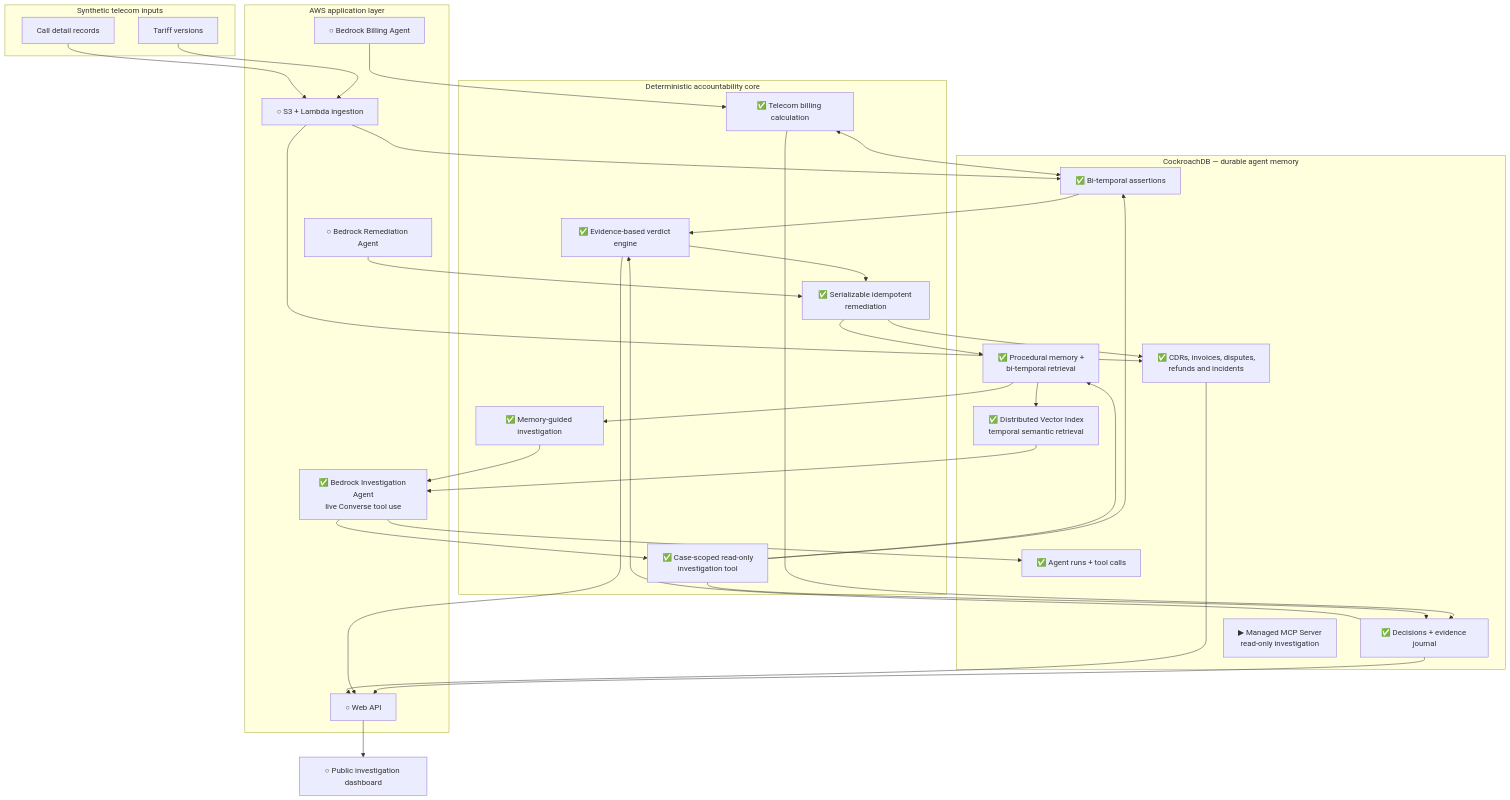
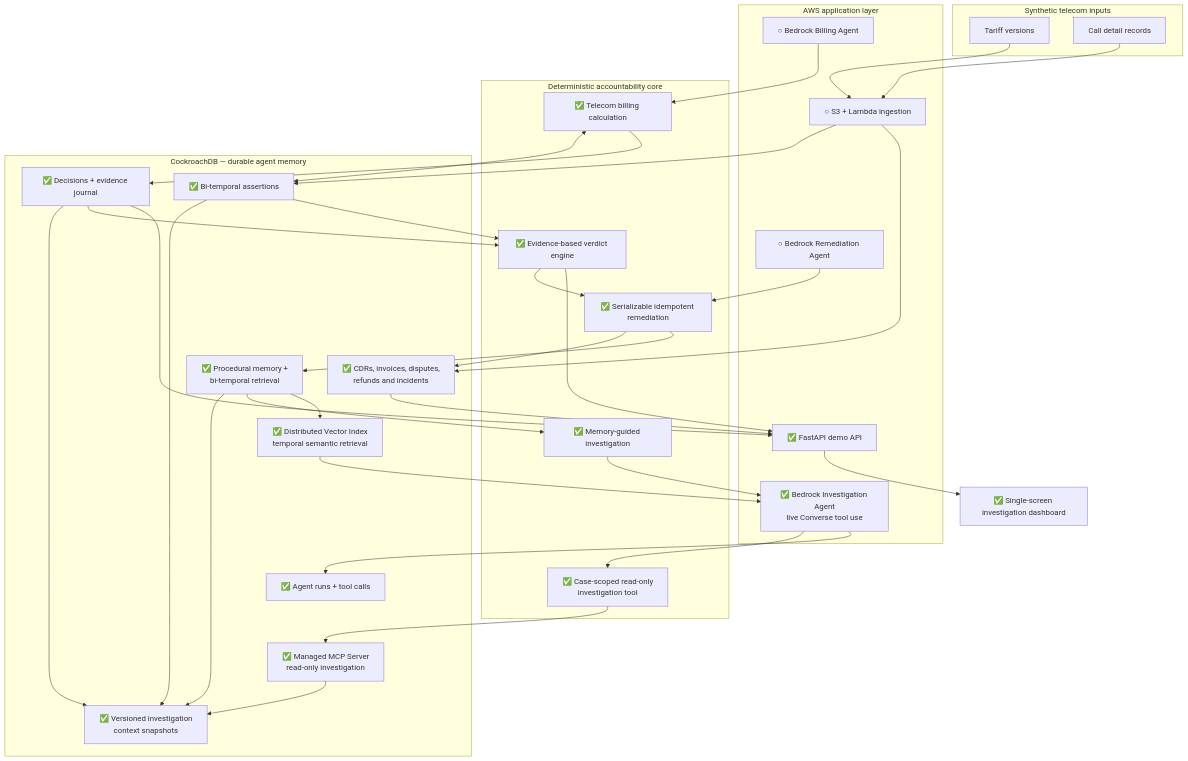
Before and after one commit to Mounir1200/HindSight: the diagram in README.md, drawn with Mermaid. The commit also changed other lines of this file and 22 other files, not shown here.

````diff
--- a/README.md
+++ b/README.md
@@ -128,66 +158,69 @@
 ```mermaid
 flowchart TB
     subgraph INPUTS["Synthetic telecom inputs"]
         TARIFFS["Tariff versions"]
         CDRS["Call detail records"]
     end
 
     subgraph AWS["AWS application layer"]
         INGEST["○ S3 + Lambda ingestion"]
         BILLING_AGENT["○ Bedrock Billing Agent"]
         INVESTIGATION_AGENT["✅ Bedrock Investigation Agent<br/>live Converse tool use"]
         REMEDIATION_AGENT["○ Bedrock Remediation Agent"]
-        API["○ Web API"]
+        API["✅ FastAPI demo API"]
     end
 
     subgraph CORE["Deterministic accountability core"]
         BILLING["✅ Telecom billing calculation"]
         VERDICT["✅ Evidence-based verdict engine"]
         REMEDIATION["✅ Serializable idempotent remediation"]
         GUIDANCE["✅ Memory-guided investigation"]
         CONTEXT_TOOL["✅ Case-scoped read-only<br/>investigation tool"]
     end
 
     subgraph CRDB["CockroachDB — durable agent memory"]
         ASSERTIONS["✅ Bi-temporal assertions"]
         JOURNAL["✅ Decisions + evidence journal"]
         OPERATIONS["✅ CDRs, invoices, disputes,<br/>refunds and incidents"]
         MEMORY["✅ Procedural memory +<br/>bi-temporal retrieval"]
         AGENT_JOURNAL["✅ Agent runs + tool calls"]
+        CONTEXT_SNAPSHOT["✅ Versioned investigation<br/>context snapshots"]
         VECTOR["✅ Distributed Vector Index<br/>temporal semantic retrieval"]
-        MCP["▶ Managed MCP Server<br/>read-only investigation"]
+        MCP["✅ Managed MCP Server<br/>read-only investigation"]
     end
 
-    DASHBOARD["○ Public investigation dashboard"]
+    DASHBOARD["✅ Single-screen investigation dashboard"]
 
     TARIFFS --> INGEST
     CDRS --> INGEST
     INGEST --> ASSERTIONS
     INGEST --> OPERATIONS
 
     BILLING_AGENT --> BILLING
     BILLING <--> ASSERTIONS
     BILLING --> JOURNAL
 
     INVESTIGATION_AGENT --> CONTEXT_TOOL
     INVESTIGATION_AGENT --> AGENT_JOURNAL
-    CONTEXT_TOOL --> ASSERTIONS
-    CONTEXT_TOOL --> JOURNAL
-    CONTEXT_TOOL --> MEMORY
+    CONTEXT_TOOL --> MCP
+    MCP --> CONTEXT_SNAPSHOT
+    ASSERTIONS --> CONTEXT_SNAPSHOT
+    JOURNAL --> CONTEXT_SNAPSHOT
+    MEMORY --> CONTEXT_SNAPSHOT
     ASSERTIONS --> VERDICT
     JOURNAL --> VERDICT
 
     VERDICT --> REMEDIATION
     REMEDIATION_AGENT --> REMEDIATION
     REMEDIATION --> OPERATIONS
     REMEDIATION --> MEMORY
     MEMORY --> GUIDANCE
     GUIDANCE --> INVESTIGATION_AGENT
     MEMORY --> VECTOR
     VECTOR --> INVESTIGATION_AGENT
 
     JOURNAL --> API
     VERDICT --> API
     OPERATIONS --> API
     API --> DASHBOARD
 ```
````
